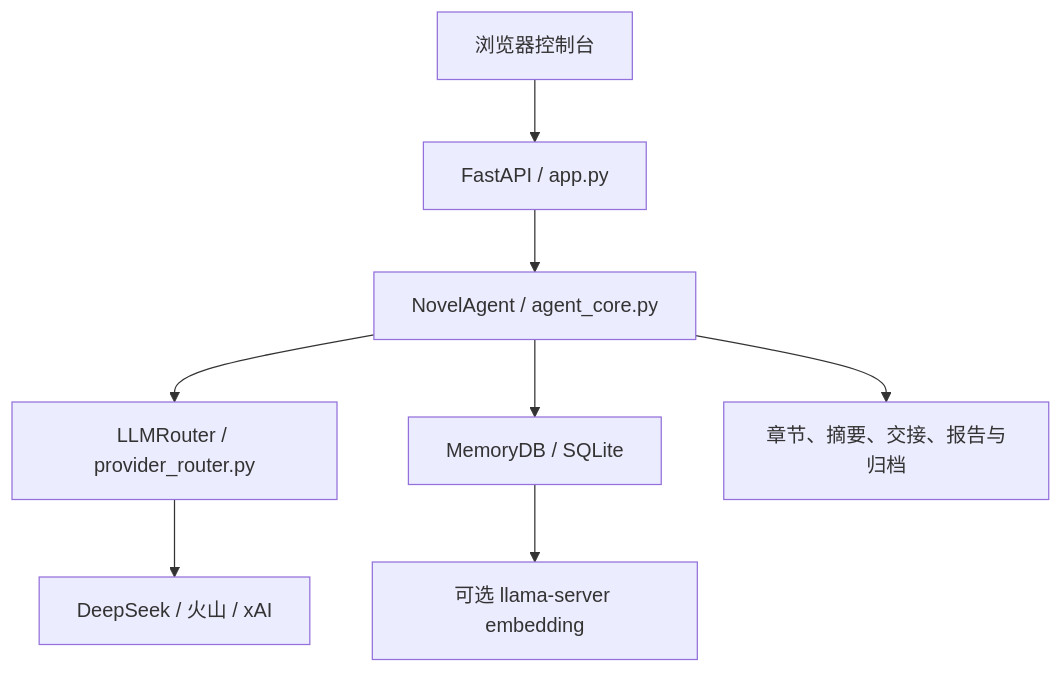
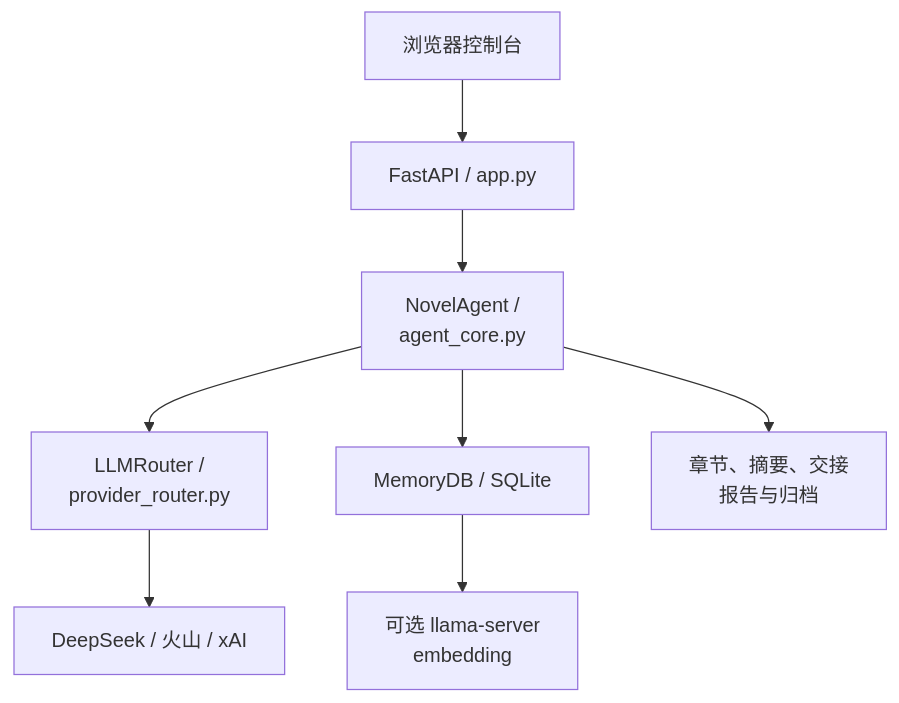
One commit to shjkea/NovelAgent changed the first of 2 diagrams in docs/ARCHITECTURE.md. Above: the diagram before and after it, drawn with Mermaid. The commit also changed other lines of this file and 1 other file, not shown here.

Commit message:
Fix Mermaid labels in architecture docs

````diff
--- a/docs/ARCHITECTURE.md
+++ b/docs/ARCHITECTURE.md
@@ -7,10 +7,10 @@
 ```mermaid
 flowchart TD
     UI["浏览器控制台"] --> API["FastAPI / app.py"]
-    API --> Core["NovelAgent / agent_core.py"]
-    Core --> Router["LLMRouter / provider_router.py"]
+    API --> Core["NovelAgent /<br/>agent_core.py"]
+    Core --> Router["LLMRouter /<br/>provider_router.py"]
     Router --> Providers["DeepSeek / 火山 / xAI"]
     Core --> Memory["MemoryDB / SQLite"]
-    Memory --> Embed["可选 llama-server embedding"]
-    Core --> Files["章节、摘要、交接、报告与归档"]
+    Memory --> Embed["可选 llama-server<br/>embedding"]
+    Core --> Files["章节、摘要、交接<br/>报告与归档"]
 ```
````
